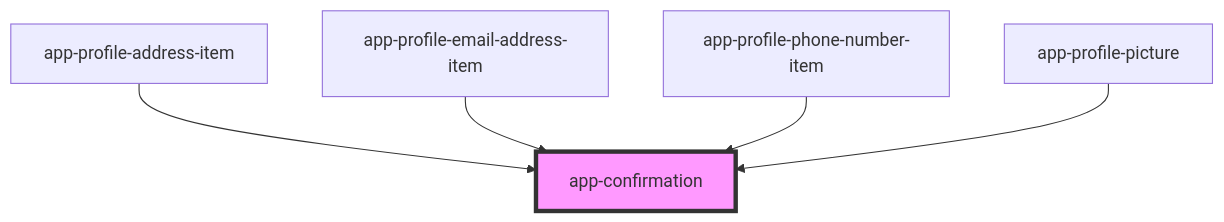
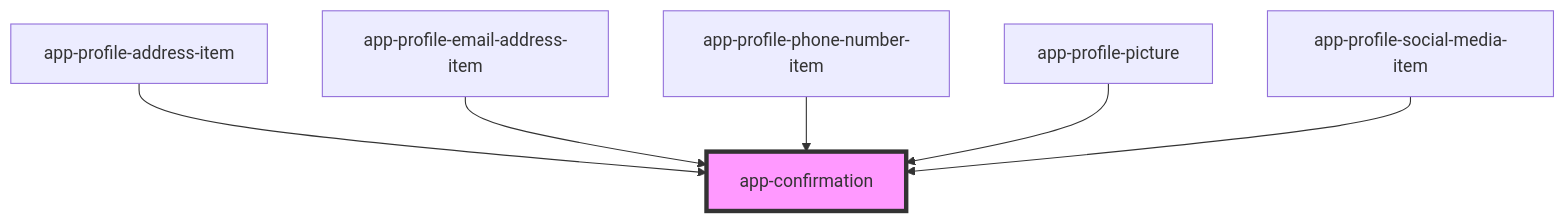
Before and after one commit to lokheed/IconEventNetwork.Web: the diagram in iconeventnetwork-web/src/components/app-confirmation/readme.md, drawn with Mermaid. The commit also changed other lines of this file and 15 other files, not shown here.

Commit message:
US527 T702 company social media accounts

````diff
--- a/iconeventnetwork-web/src/components/app-confirmation/readme.md
+++ b/iconeventnetwork-web/src/components/app-confirmation/readme.md
@@ -35,8 +36,9 @@
 ```mermaid
 graph TD;
   app-profile-address-item --> app-confirmation
   app-profile-email-address-item --> app-confirmation
   app-profile-phone-number-item --> app-confirmation
   app-profile-picture --> app-confirmation
+  app-profile-social-media-item --> app-confirmation
   style app-confirmation fill:#f9f,stroke:#333,stroke-width:4px
 ```
````
